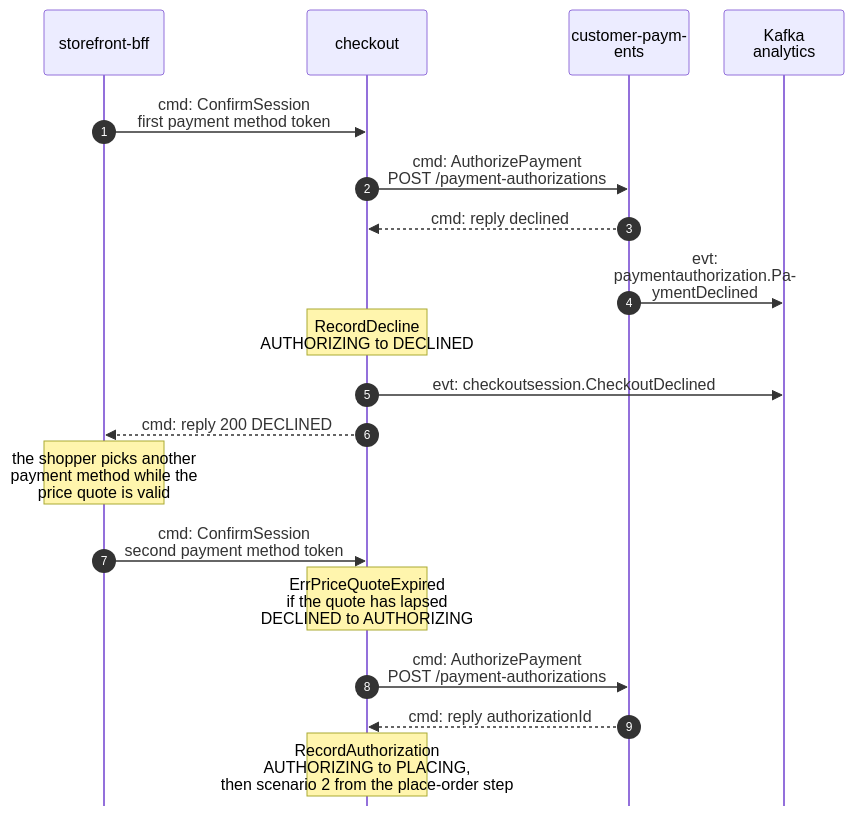
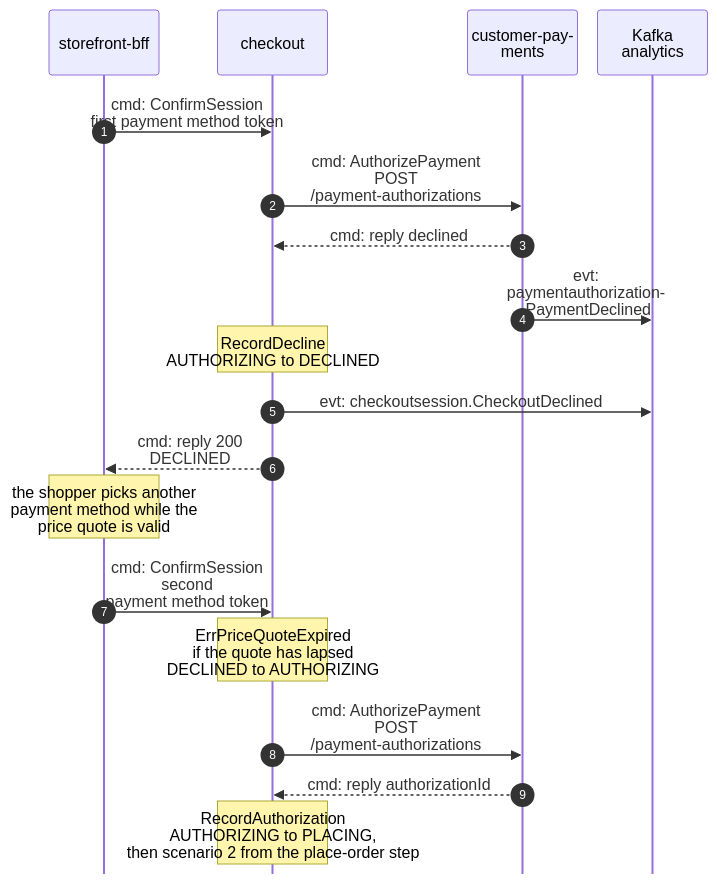
One commit to IQVO/warehouse-docs changed the third of 5 diagrams in storefront/docs/contexts/checkout/domain-message-flow.md. Above: the diagram before and after it, drawn with Mermaid. The commit also changed other lines of this file and 1 other file, not shown here.

Commit message:
docs(storefront): checkout pack diagram widths

````diff
--- a/storefront/docs/contexts/checkout/domain-message-flow.md
+++ b/storefront/docs/contexts/checkout/domain-message-flow.md
@@ -105,22 +105,22 @@
 ```mermaid
-%%{init: {"sequence": {"wrap": true, "width": 120, "actorMargin": 24, "messageMargin": 28, "boxMargin": 6, "noteMargin": 6, "mirrorActors": false}}}%%
+%%{init: {"sequence": {"wrap": true, "width": 110, "actorMargin": 12, "messageMargin": 28, "boxMargin": 6, "noteMargin": 6, "mirrorActors": false}}}%%
 sequenceDiagram
     autonumber
     participant BFF as storefront-bff
     participant CK as checkout
     participant CP as customer-payments
     participant K as Kafka analytics
     BFF->>CK: cmd: ConfirmSession<br/>first payment method token
     CK->>CP: cmd: AuthorizePayment<br/>POST /payment-authorizations
     CP-->>CK: cmd: reply declined
     CP->>K: evt: paymentauthorization.PaymentDeclined
     Note over CK: RecordDecline<br/>AUTHORIZING to DECLINED
     CK->>K: evt: checkoutsession.CheckoutDeclined
     CK-->>BFF: cmd: reply 200 DECLINED
     Note over BFF: the shopper picks another<br/>payment method while the<br/>price quote is valid
     BFF->>CK: cmd: ConfirmSession<br/>second payment method token
     Note over CK: ErrPriceQuoteExpired<br/>if the quote has lapsed<br/>DECLINED to AUTHORIZING
     CK->>CP: cmd: AuthorizePayment<br/>POST /payment-authorizations
     CP-->>CK: cmd: reply authorizationId
     Note over CK: RecordAuthorization<br/>AUTHORIZING to PLACING,<br/>then scenario 2 from the place-order step
 ```
````
